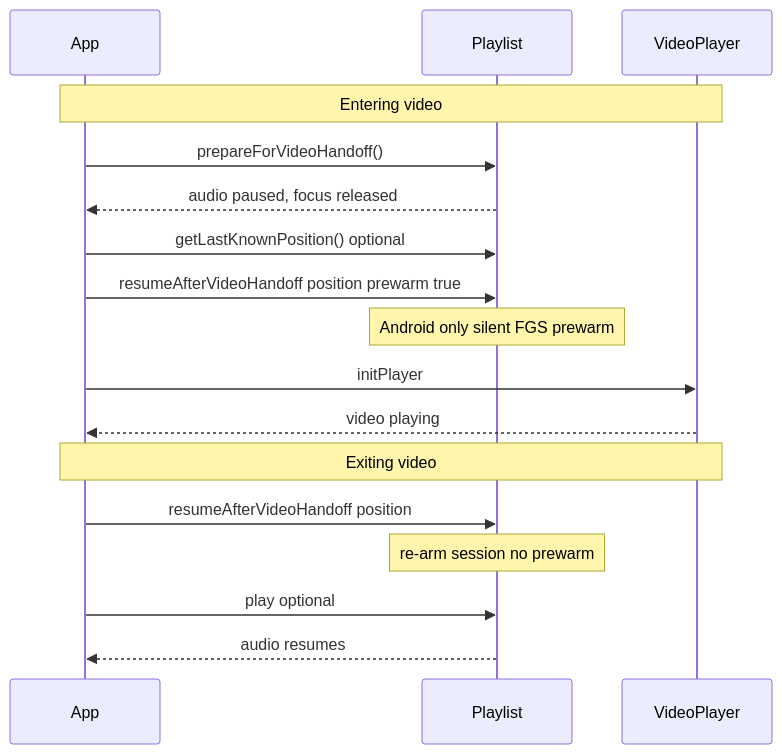
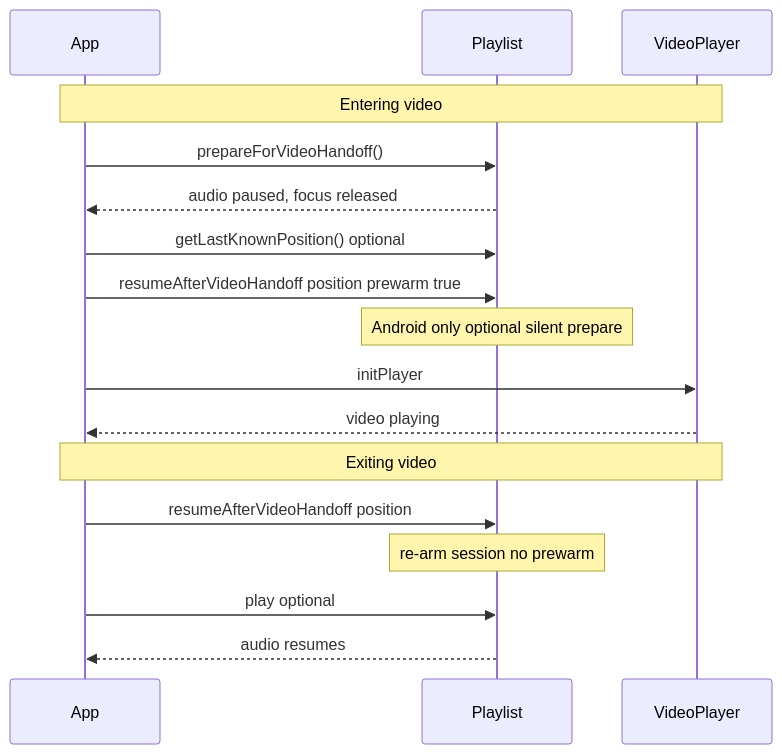
One commit to phiamo/capacitor-plugin-playlist changed the diagram in README.md. Above: the diagram before and after it, drawn with Mermaid. The commit also changed other lines of this file and 5 other files, not shown here.

````diff
--- a/README.md
+++ b/README.md
@@ -371,21 +371,21 @@
 ```mermaid
 sequenceDiagram
     participant App
     participant Playlist
     participant VideoPlayer
 
     Note over App,VideoPlayer: Entering video
     App->>Playlist: prepareForVideoHandoff()
     Playlist-->>App: audio paused, focus released
     App->>Playlist: getLastKnownPosition() optional
     App->>Playlist: resumeAfterVideoHandoff position prewarm true
-    Note over Playlist: Android only silent FGS prewarm
+    Note over Playlist: Android only optional silent prepare
     App->>VideoPlayer: initPlayer
     VideoPlayer-->>App: video playing
 
     Note over App,VideoPlayer: Exiting video
     App->>Playlist: resumeAfterVideoHandoff position
     Note over Playlist: re-arm session no prewarm
     App->>Playlist: play optional
     Playlist-->>App: audio resumes
 ```
````
